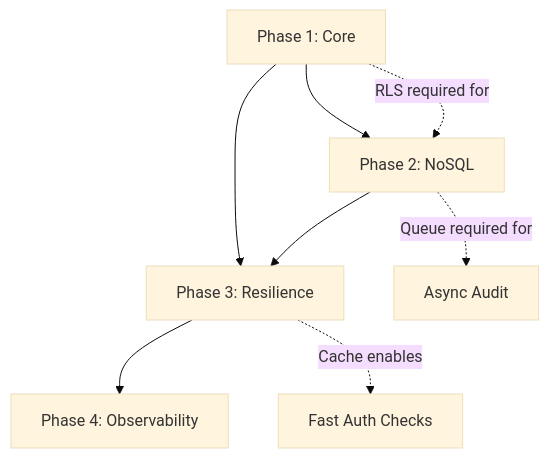
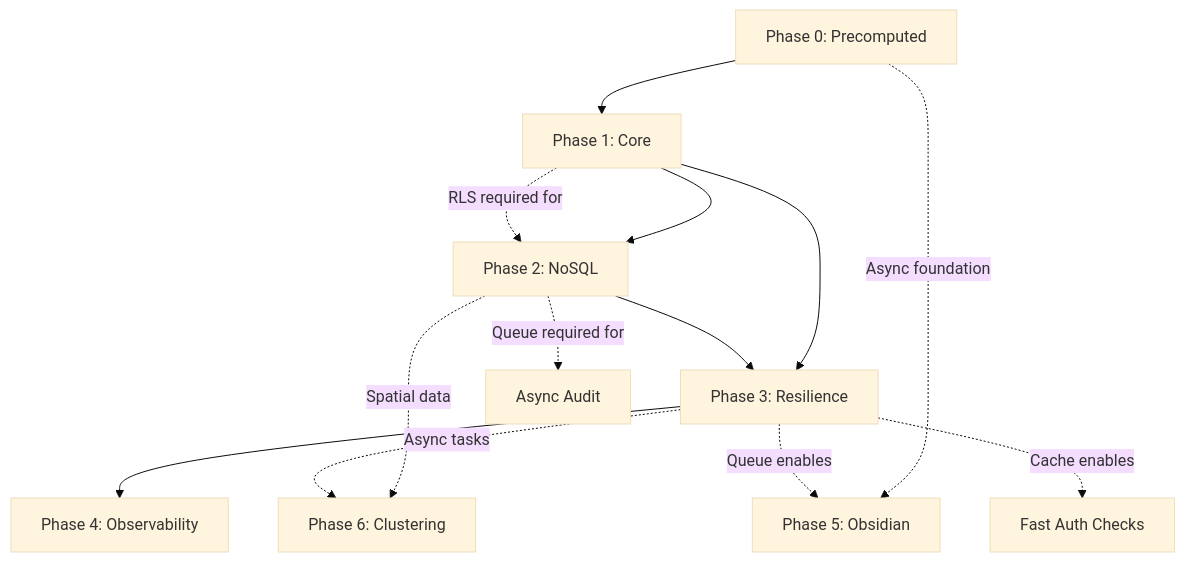
One commit to Killaret/knowledge-graph changed the diagram in docs/ARCHITECTURE_ROADMAP.md. Above: the diagram before and after it, drawn with Mermaid (base theme). The commit also changed other lines of this file and 9 other files, not shown here.

Commit message:
docs: update architecture roadmap and configuration docs; chore: sync vitest config and test mocks

````diff
--- a/docs/ARCHITECTURE_ROADMAP.md
+++ b/docs/ARCHITECTURE_ROADMAP.md
@@ -106,11 +214,15 @@
 ```mermaid
 graph TD
+    P0[Phase 0: Precomputed] --> P1[Phase 1: Core]
     P1[Phase 1: Core] --> P2[Phase 2: NoSQL]
     P1 --> P3[Phase 3: Resilience]
     P2 --> P3
     P3 --> P4[Phase 4: Observability]
-    
+    P0 -.->|Async foundation| P5[Phase 5: Obsidian]
+    P3 -.->|Queue enables| P5
+    P2 -.->|Spatial data| P6[Phase 6: Clustering]
+    P3 -.->|Async tasks| P6
     P1 -.->|RLS required for| P2
     P2 -.->|Queue required for| P2Audit[Async Audit]
     P3 -.->|Cache enables| P1Auth[Fast Auth Checks]
 ```
````
